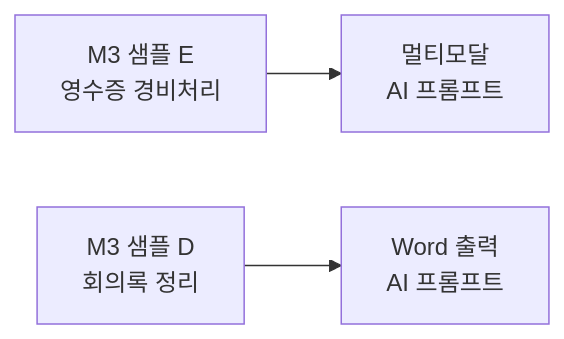
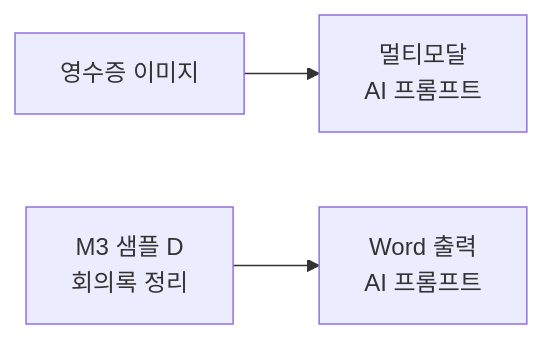
One commit to microsoft/easycopilotlab changed the diagram in docs/m11-ai-prompt.md. Above: the diagram before and after it, drawn with Mermaid. The commit also changed other lines of this file and 4 other files, not shown here.

````diff
--- a/docs/m11-ai-prompt.md
+++ b/docs/m11-ai-prompt.md
@@ -128,5 +128,5 @@
 ```mermaid
 graph LR
-    A[M3 샘플 E<br>영수증 경비처리] --> B[멀티모달<br>AI 프롬프트]
+    A[영수증 이미지] --> B[멀티모달<br>AI 프롬프트]
     C[M3 샘플 D<br>회의록 정리] --> D[Word 출력<br>AI 프롬프트]
 ```
````
